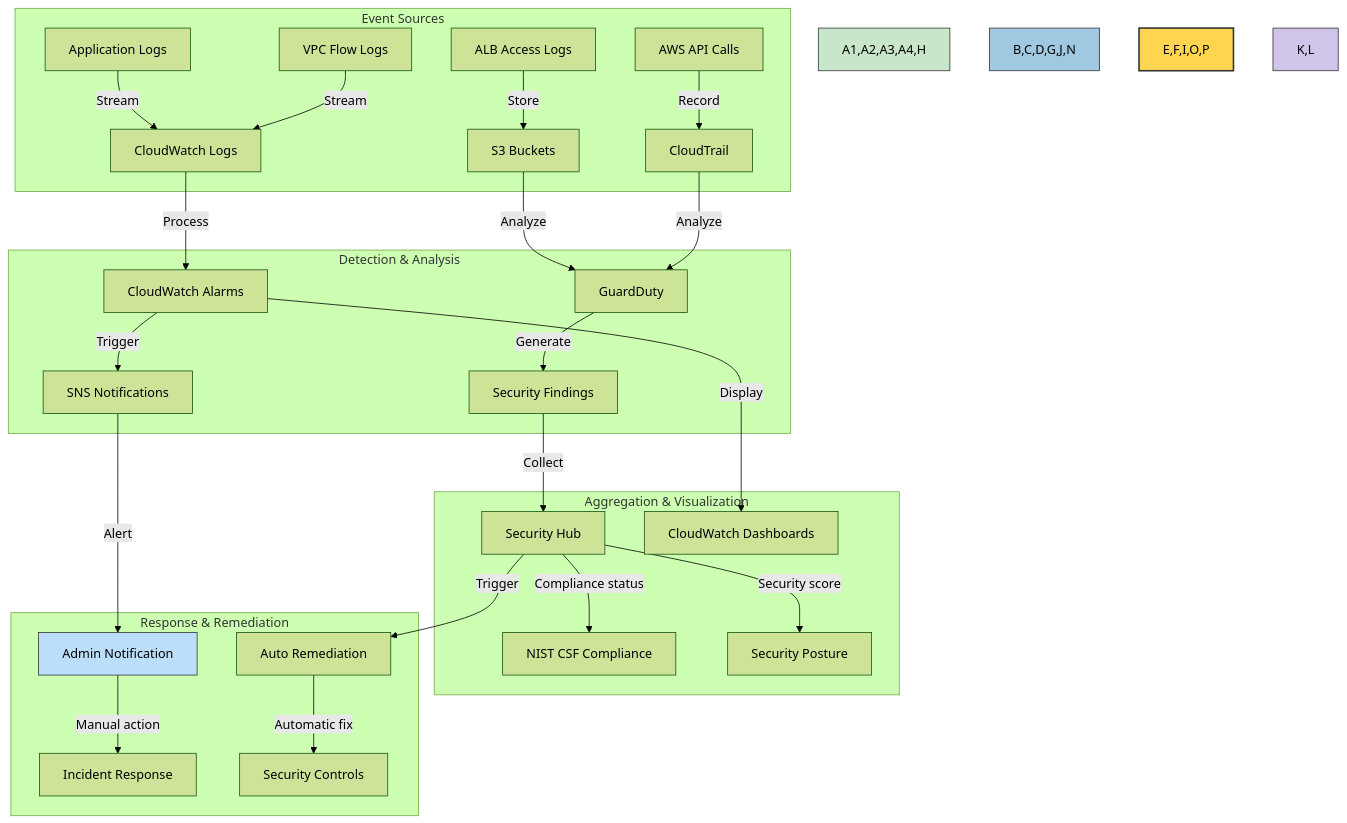
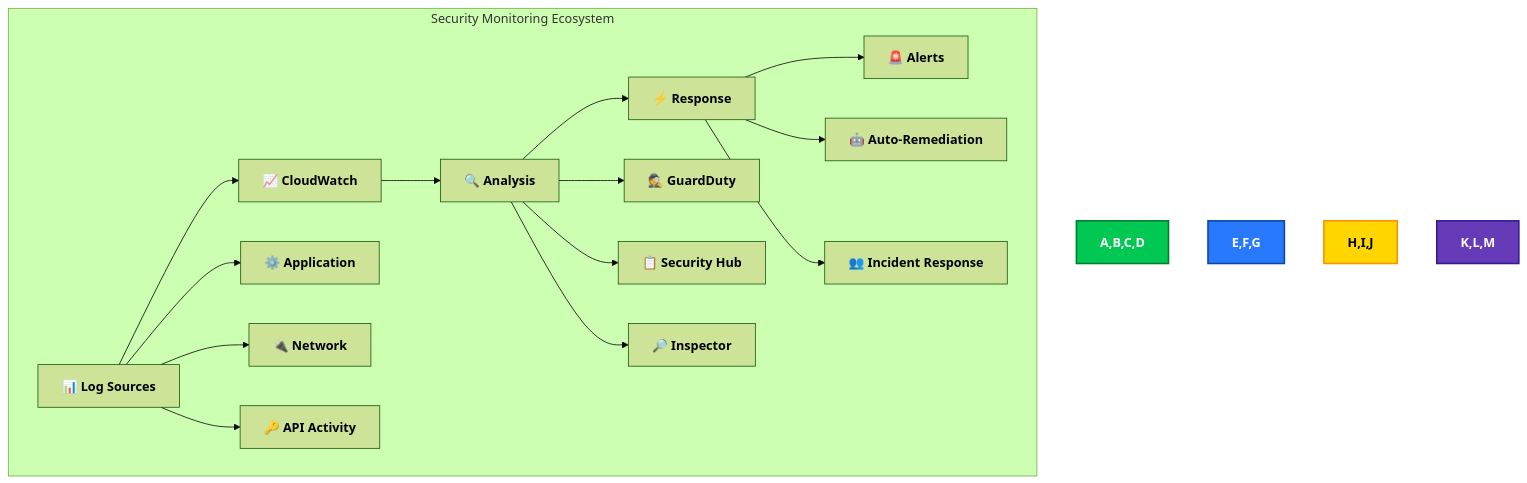
The tenth of 15 diagrams in SECURITY_ARCHITECTURE.md (Hack23/cia), drawn with Mermaid (forest theme) before and after one commit. The commit also changed other lines of this file, not shown here.

````diff
--- a/SECURITY_ARCHITECTURE.md
+++ b/SECURITY_ARCHITECTURE.md
@@ -771,40 +628,26 @@
 ```mermaid
 flowchart TD
-    subgraph "Event Sources"
-        A1[Application Logs] -->|Stream| B[CloudWatch Logs]
-        A2[VPC Flow Logs] -->|Stream| B
-        A3[ALB Access Logs] -->|Store| C[S3 Buckets]
-        A4[AWS API Calls] -->|Record| D[CloudTrail]
+    subgraph "Security Monitoring Ecosystem"
+        A[📊 Log Sources] --> B[📈 CloudWatch]
+        B --> C[🔍 Analysis]
+        C --> D[⚡ Response]
+        
+        A --> E[⚙️ Application]
+        A --> F[🔌 Network]
+        A --> G[🔑 API Activity]
+        
+        C --> H[🕵️ GuardDuty]
+        C --> I[📋 Security Hub]
+        C --> J[🔎 Inspector]
+        
+        D --> K[🚨 Alerts]
+        D --> L[🤖 Auto-Remediation]
+        D --> M[👥 Incident Response]
     end
     
-    subgraph "Detection & Analysis"
-        B -->|Process| E[CloudWatch Alarms]
-        C -->|Analyze| F[GuardDuty]
-        D -->|Analyze| F
-        
-        E -->|Trigger| G[SNS Notifications]
-        F -->|Generate| H[Security Findings]
-    end
-    
-    subgraph "Aggregation & Visualization"
-        H -->|Collect| I[Security Hub]
-        E -->|Display| J[CloudWatch Dashboards]
-        
-        I -->|Compliance status| K[NIST CSF Compliance]
-        I -->|Security score| L[Security Posture]
-    end
-    
-    subgraph "Response & Remediation"
-        G -->|Alert| M[Admin Notification]
-        I -->|Trigger| N[Auto Remediation]
-        
-        M -->|Manual action| O[Incident Response]
-        N -->|Automatic fix| P[Security Controls]
-    end
-    
-    style A1,A2,A3,A4,H fill:#c8e6c9,stroke:#333,stroke-width:1px
-    style B,C,D,G,J,N fill:#a0c8e0,stroke:#333,stroke-width:1px
-    style E,F,I,O,P fill:#ffd54f,stroke:#333,stroke-width:2px
-    style K,L fill:#d1c4e9,stroke:#333,stroke-width:1px
-    style M fill:#bbdefb,stroke:#333,stroke-width:1px
+    style A,B,C,D fill:#00C853,stroke:#007E33,stroke-width:2px,color:white,font-weight:bold
+    style E,F,G fill:#2979FF,stroke:#0D47A1,stroke-width:2px,color:white,font-weight:bold
+    style H,I,J fill:#FFD600,stroke:#FF8F00,stroke-width:2px,color:black,font-weight:bold
+    style K,L,M fill:#673AB7,stroke:#311B92,stroke-width:2px,color:white,font-weight:bold
+    classDef default font-weight:bold
 ```
````
